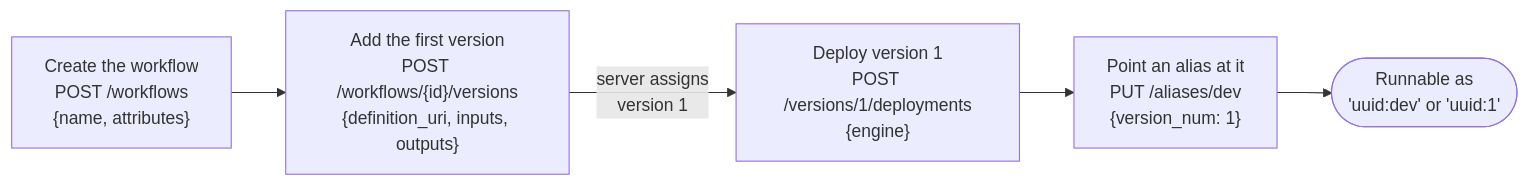
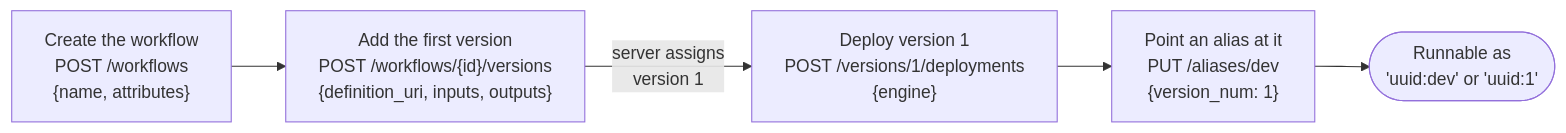
One commit to NGS360/APIServer changed the first of 9 diagrams in docs/WORKFLOWS_AND_PIPELINES.md. Above: the diagram before and after it, drawn with Mermaid. The commit also changed other lines of this file, not shown here.

````diff
--- a/docs/WORKFLOWS_AND_PIPELINES.md
+++ b/docs/WORKFLOWS_AND_PIPELINES.md
@@ -45,7 +45,8 @@
 ```mermaid
+%%{init: {"flowchart": {"wrappingWidth": 400}}}%%
 flowchart LR
     W["Create the workflow<br/>POST /workflows<br/>{name, attributes}"] --> V["Add the first version<br/>POST /workflows/{id}/versions<br/>{definition_uri, inputs, outputs}"]
     V -->|"server assigns<br/>version 1"| D["Deploy version 1<br/>POST /versions/1/deployments<br/>{engine}"]
     D --> AL["Point an alias at it<br/>PUT /aliases/dev<br/>{version_num: 1}"]
     AL --> R(["Runnable as<br/>'uuid:dev' or 'uuid:1'"])
 ```
````
